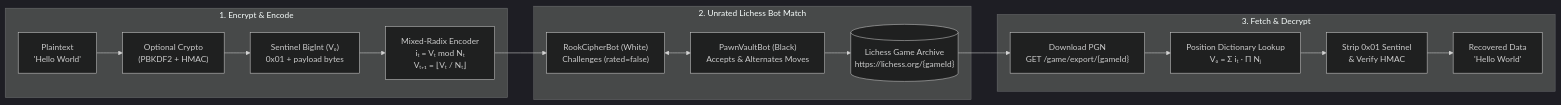
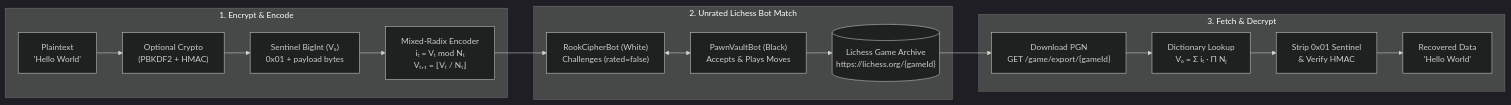
Before and after one commit to RaymonDev/ChessCrypt: the diagram in README.md, drawn with Mermaid (dark theme). The commit also changed other lines of this file and 5 other files, not shown here.

````diff
--- a/README.md
+++ b/README.md
@@ -13,21 +112,21 @@
 ```mermaid
 flowchart LR
     subgraph Encode["1. Encrypt & Encode"]
         A["Plaintext\n'Hello World'"] --> B["Optional Crypto\n(PBKDF2 + HMAC)"]
         B --> C["Sentinel BigInt (V₀)\n0x01 + payload bytes"]
         C --> D["Mixed-Radix Encoder\niₜ = Vₜ mod Nₜ\nVₜ₊₁ = ⌊Vₜ / Nₜ⌋"]
     end
 
     subgraph Lichess["2. Unrated Lichess Bot Match"]
         D --> E["RookCipherBot (White)\nChallenges (rated=false)"]
-        E <--> F["PawnVaultBot (Black)\nAccepts & Alternates Moves"]
+        E <--> F["PawnVaultBot (Black)\nAccepts & Plays Moves"]
         F --> G[("Lichess Game Archive\nhttps://lichess.org/{gameId}")]
     end
 
     subgraph Decode["3. Fetch & Decrypt"]
         G --> H["Download PGN\nGET /game/export/{gameId}"]
-        H --> I["Position Dictionary Lookup\nV₀ = Σ iₜ · Π Nⱼ"]
+        H --> I["Dictionary Lookup\nV₀ = Σ iₜ · Π Nⱼ"]
         I --> J["Strip 0x01 Sentinel\n& Verify HMAC"]
         J --> K["Recovered Data\n'Hello World'"]
     end
 ```
````
